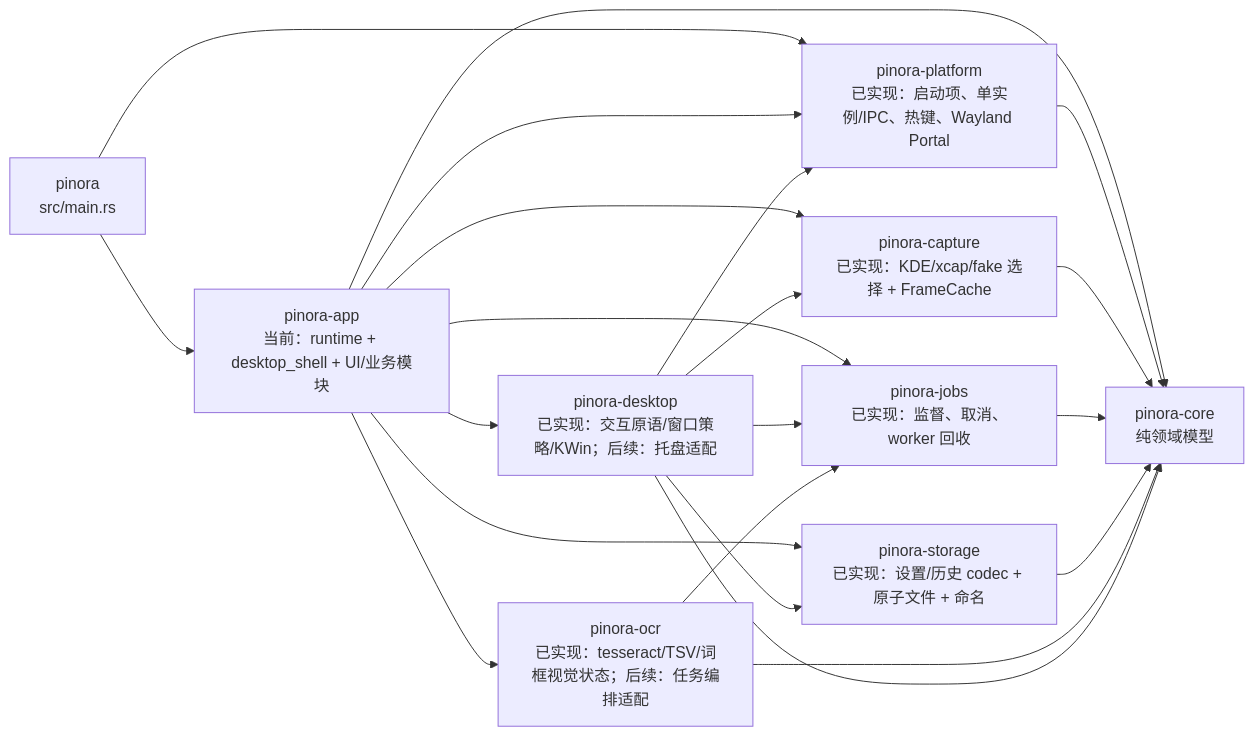
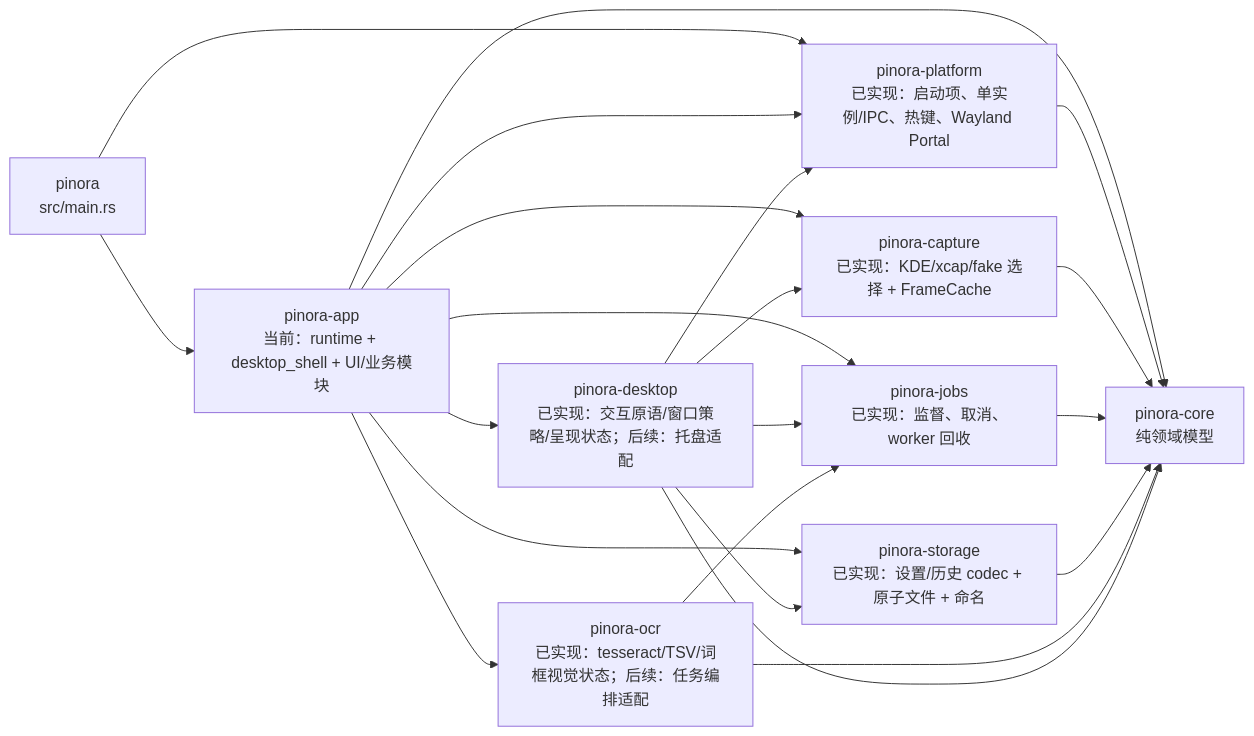
Before and after one commit to yhyzgn/pinora: the third of 23 diagrams in docs/Pinora-开发设计文档.md, drawn with Mermaid. The commit also changed other lines of this file and 11 other files, not shown here.

````diff
--- a/docs/Pinora-开发设计文档.md
+++ b/docs/Pinora-开发设计文档.md
@@ -236,24 +236,24 @@
 ```mermaid
 flowchart LR
     Main["pinora\nsrc/main.rs"] --> App["pinora-app\n当前：runtime + desktop_shell + UI/业务模块"]
     Main --> Platform["pinora-platform\n已实现：启动项、单实例/IPC、热键、Wayland Portal"]
     App --> Platform
     App --> Core["pinora-core\n纯领域模型"]
     Platform --> Core
 
     App --> CaptureNow["pinora-capture\n已实现：KDE/xcap/fake 选择 + FrameCache"]
     CaptureNow --> Core
     App --> JobsNow["pinora-jobs\n已实现：监督、取消、worker 回收"]
     JobsNow --> Core
     App --> StorageNow["pinora-storage\n已实现：设置/历史 codec + 原子文件 + 命名"]
     StorageNow --> Core
-    App --> Desktop["pinora-desktop\n已实现：交互原语/窗口策略/KWin；后续：托盘适配"]
+    App --> Desktop["pinora-desktop\n已实现：交互原语/窗口策略/呈现状态；后续：托盘适配"]
     App --> Ocr["pinora-ocr\n已实现：tesseract/TSV/词框视觉状态；后续：任务编排适配"]
     Ocr --> Core
     Desktop --> Core
     Desktop --> Platform
     Desktop --> CaptureNow
     Desktop --> JobsNow
     Desktop --> StorageNow
     Ocr --> JobsNow
 ```
````
